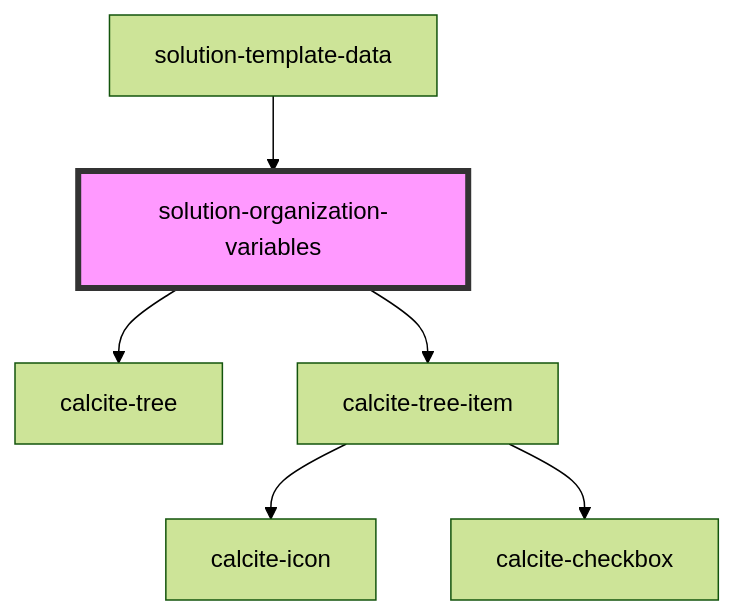
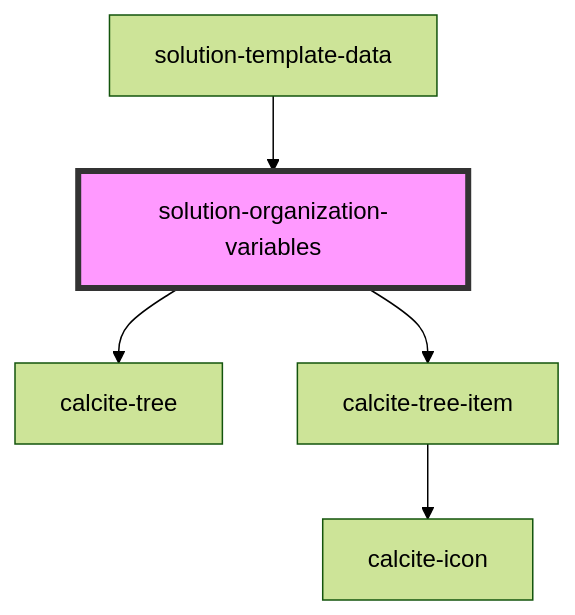
Before and after one commit to Esri/solutions-components: the diagram in src/components/solution-organization-variables/readme.md, drawn with Mermaid (forest theme). The commit also changed 8 other files, not shown here.

````diff
--- a/src/components/solution-organization-variables/readme.md
+++ b/src/components/solution-organization-variables/readme.md
@@ -34,9 +34,8 @@
 ```mermaid
 graph TD;
   solution-organization-variables --> calcite-tree
   solution-organization-variables --> calcite-tree-item
   calcite-tree-item --> calcite-icon
-  calcite-tree-item --> calcite-checkbox
   solution-template-data --> solution-organization-variables
   style solution-organization-variables fill:#f9f,stroke:#333,stroke-width:4px
 ```
````
